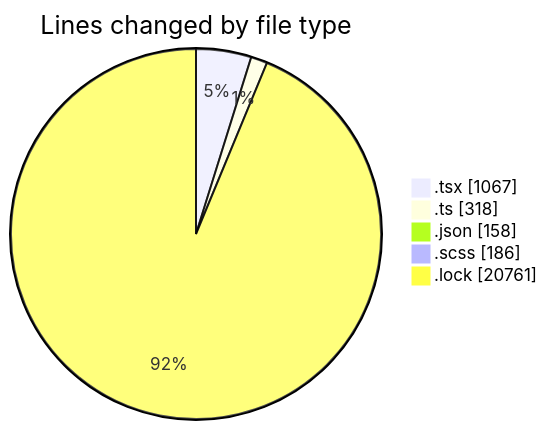
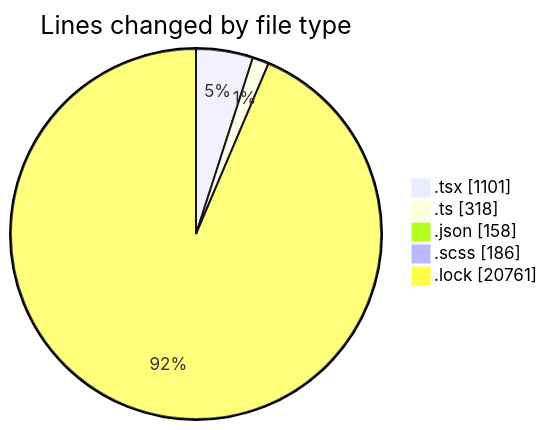
The first of 2 diagrams in 2025-04-29/cda/README.md (momahboobian/code-tracking), drawn with Mermaid before and after one commit. The commit also changed other lines of this file and 1 other file, not shown here.

````diff
--- a/2025-04-29/cda/README.md
+++ b/2025-04-29/cda/README.md
@@ -38,9 +38,9 @@
 ```mermaid
 pie showData
 title Lines changed by file type
-".tsx" : 1067
+".tsx" : 1101
 ".ts" : 318
 ".json" : 158
 ".scss" : 186
 ".lock" : 20761
 ```
````
